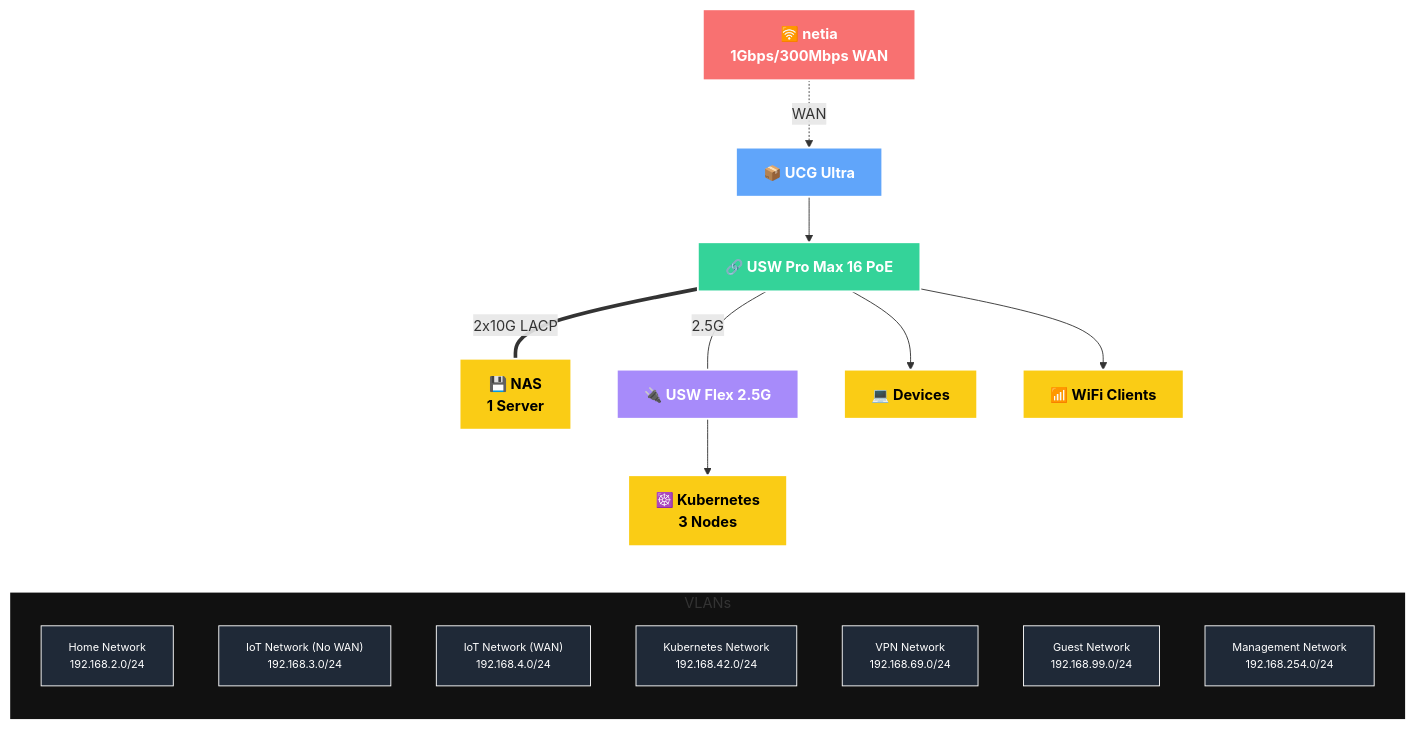
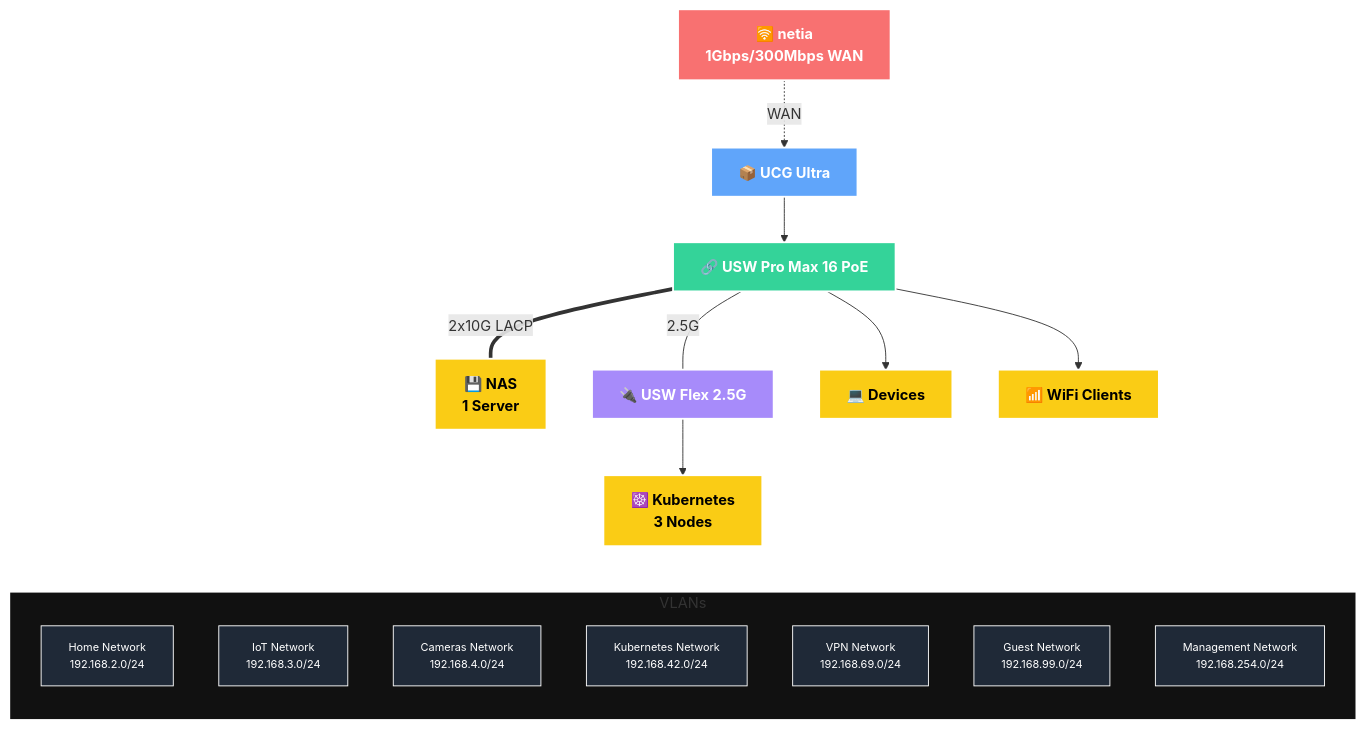
One commit to deedee-ops/home-ops changed the diagram in README.md. Above: the diagram before and after it, drawn with Mermaid. The commit also changed 8 other files, not shown here.

Commit message:
feat: merge iot VLANs into one, introduce cameras VLAN

````diff
--- a/README.md
+++ b/README.md
@@ -139,50 +139,50 @@
 ```mermaid
 graph TD
     %% Class Definitions
     classDef wan fill:#f87171,stroke:#fff,stroke-width:2px,color:#fff,font-weight:bold;
     classDef core fill:#60a5fa,stroke:#fff,stroke-width:2px,color:#fff,font-weight:bold;
     classDef agg fill:#34d399,stroke:#fff,stroke-width:2px,color:#fff,font-weight:bold;
     classDef switch fill:#a78bfa,stroke:#fff,stroke-width:2px,color:#fff,font-weight:bold;
     classDef device fill:#facc15,stroke:#fff,stroke-width:2px,color:#000,font-weight:bold;
     classDef vlan fill:#1f2937,stroke:#fff,stroke-width:1px,color:#fff,font-size:12px;
 
     %% Nodes
     WAN[🛜 netia<br/>1Gbps/300Mbps WAN]:::wan
     UCG[📦 UCG Ultra]:::core
     AGG[🔗 USW Pro Max 16 PoE]:::agg
     NAS[💾 NAS<br/>1 Server]:::device
     KUBE[☸️ Kubernetes<br/>3 Nodes]:::device
     SW[🔌 USW Flex 2.5G]:::switch
     DEV[💻 Devices]:::device
     WIFI[📶 WiFi Clients]:::device
 
     %% Subgraph for VLANs
     subgraph VLANs [VLANs]
         direction TB
         HOME[Home Network<br/>192.168.2.0/24]:::vlan
-        IOTNOWAN["IoT Network (No WAN)<br/>192.168.3.0/24"]:::vlan
-        IOTWAN["IoT Network (WAN)<br/>192.168.4.0/24"]:::vlan
+        IOT["IoT Network<br/>192.168.3.0/24"]:::vlan
+        CAMERAS["Cameras Network<br/>192.168.4.0/24"]:::vlan
         KUBERNETES[Kubernetes Network<br/>192.168.42.0/24]:::vlan
         VPN[VPN Network<br/>192.168.69.0/24]:::vlan
         GUEST[Guest Network<br/>192.168.99.0/24]:::vlan
         MGMT[Management Network<br/>192.168.254.0/24]:::vlan
     end
 
     style VLANs fill:#111,stroke:#fff,stroke-width:2px,rx:0,ry:0,padding:20px;
 
     %% Links
     WAN -.->|WAN| UCG
     UCG --> AGG
     AGG -- 2x10G LACP --- NAS
     AGG --> DEV
     AGG --> WIFI
     AGG -- 2.5G --- SW
     SW --> KUBE
 
     %% Style the bonded links thicker
     linkStyle 2 stroke-width:4px,stroke:34d399;
 
     %% Move VLANs below the graph, to the middle
     KUBE -.-> KUBERNETES
     linkStyle 7 stroke-width:0,opacity:0;
 ```
````
